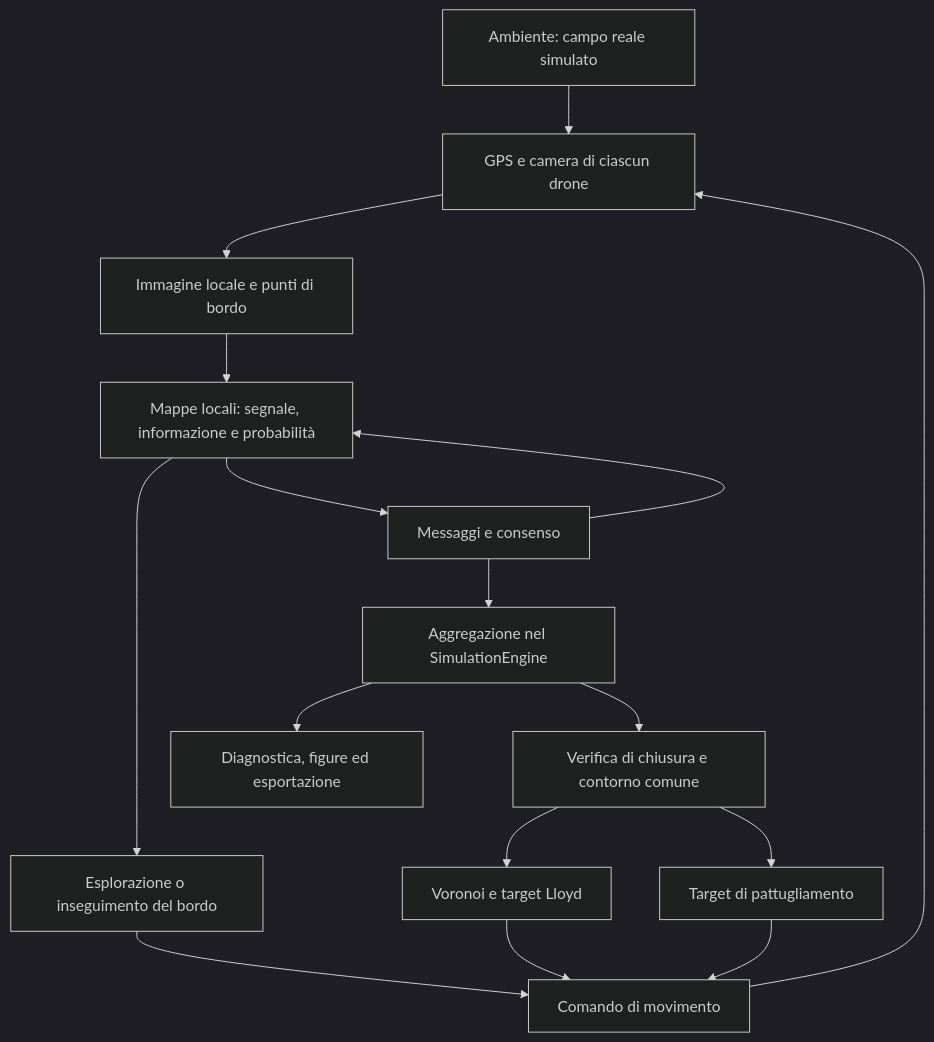
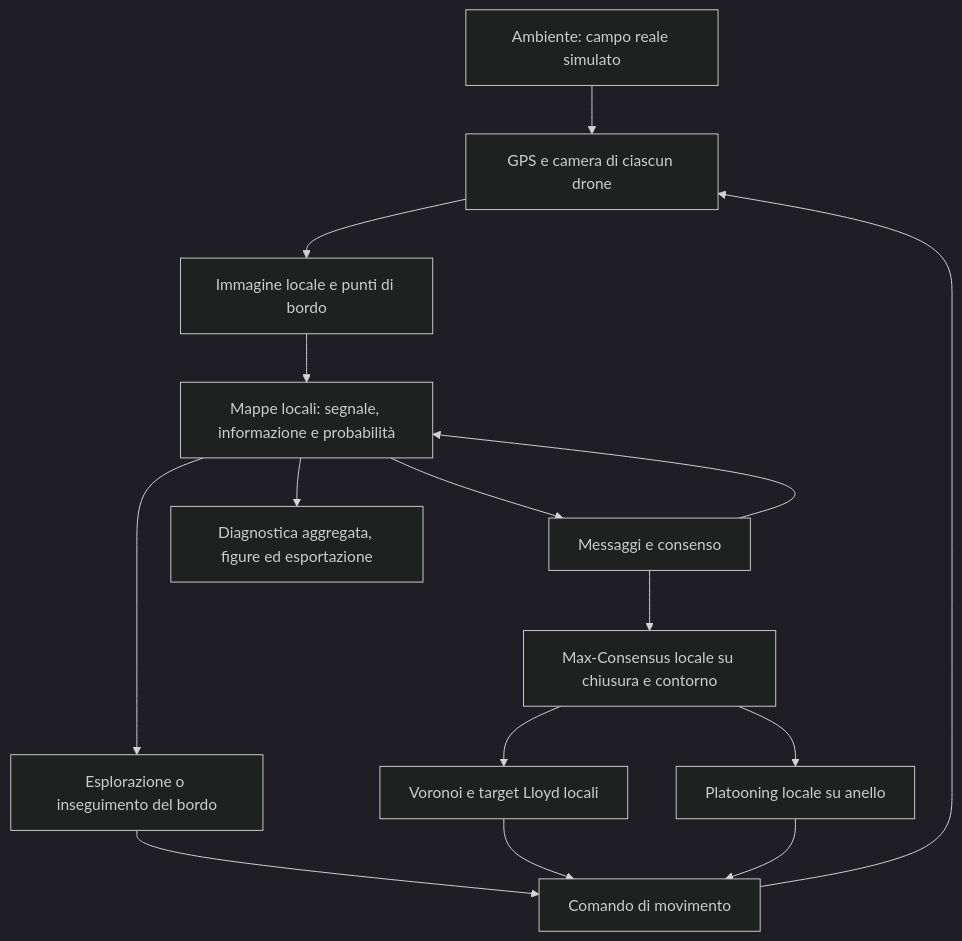
The first of 2 diagrams in README.md (Goldo02/drp_oil_spill_tracking_project), drawn with Mermaid (dark theme) before and after one commit. The commit also changed other lines of this file and 8 other files, not shown here.

````diff
--- a/README.md
+++ b/README.md
@@ -93,18 +93,17 @@
 ```mermaid
 flowchart TD
     E[Ambiente: campo reale simulato] --> S[GPS e camera di ciascun drone]
     S --> O[Immagine locale e punti di bordo]
     O --> M[Mappe locali: segnale, informazione e probabilità]
     M --> C[Messaggi e consenso]
     C --> M
     M --> A[Esplorazione o inseguimento del bordo]
-    C --> G[Aggregazione nel SimulationEngine]
-    G --> B[Verifica di chiusura e contorno comune]
-    B --> L[Voronoi e target Lloyd]
-    B --> T[Target di pattugliamento]
+    C --> B[Max-Consensus locale su chiusura e contorno]
+    B --> L[Voronoi e target Lloyd locali]
+    B --> T[Platooning locale su anello]
     A --> U[Comando di movimento]
     L --> U
     T --> U
     U --> S
-    G --> V[Diagnostica, figure ed esportazione]
+    M --> V[Diagnostica aggregata, figure ed esportazione]
 ```
````
